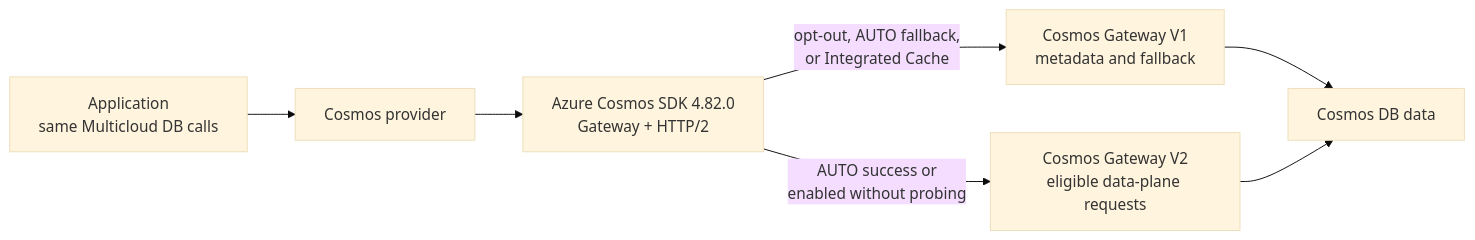
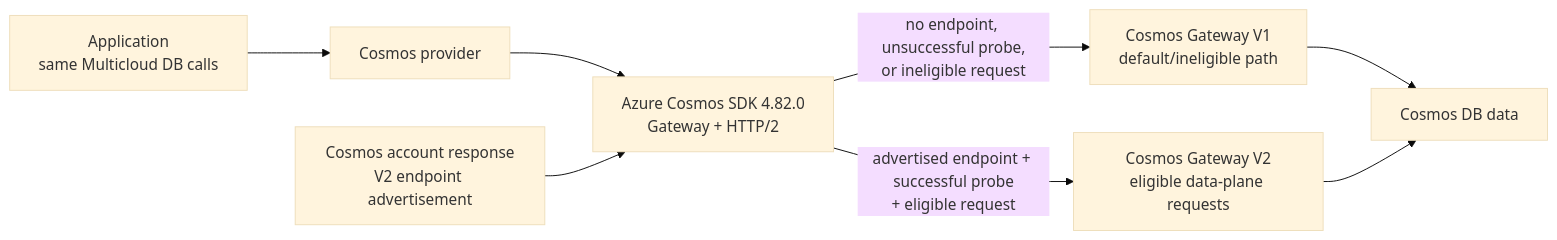
One commit to allenkim0129/multiclouddb-sdk-for-java changed the second of 4 diagrams in specs/feat/cosmos-gateway-defaults/design.md. Above: the diagram before and after it, drawn with Mermaid (base theme). The commit also changed other lines of this file and 17 other files, not shown here.

First line of the commit message:
fix(cosmos): delegate Gateway version selection

````diff
--- a/specs/feat/cosmos-gateway-defaults/design.md
+++ b/specs/feat/cosmos-gateway-defaults/design.md
@@ -103,16 +89,18 @@
 ```mermaid
 flowchart LR
     App["Application<br/>same Multicloud DB calls"]
     Provider["Cosmos provider"]
     SDK["Azure Cosmos SDK 4.82.0<br/>Gateway + HTTP/2"]
-    V1["Cosmos Gateway V1<br/>metadata and fallback"]
+    Account["Cosmos account response<br/>V2 endpoint advertisement"]
+    V1["Cosmos Gateway V1<br/>default/ineligible path"]
     V2["Cosmos Gateway V2<br/>eligible data-plane requests"]
     Data["Cosmos DB data"]
 
     App --> Provider
     Provider --> SDK
-    SDK -->|"opt-out, AUTO fallback,<br/>or Integrated Cache"| V1
-    SDK -->|"AUTO success or<br/>enabled without probing"| V2
+    Account --> SDK
+    SDK -->|"no endpoint, unsuccessful probe,<br/>or ineligible request"| V1
+    SDK -->|"advertised endpoint + successful probe<br/>+ eligible request"| V2
     V1 --> Data
     V2 --> Data
 ```
````
